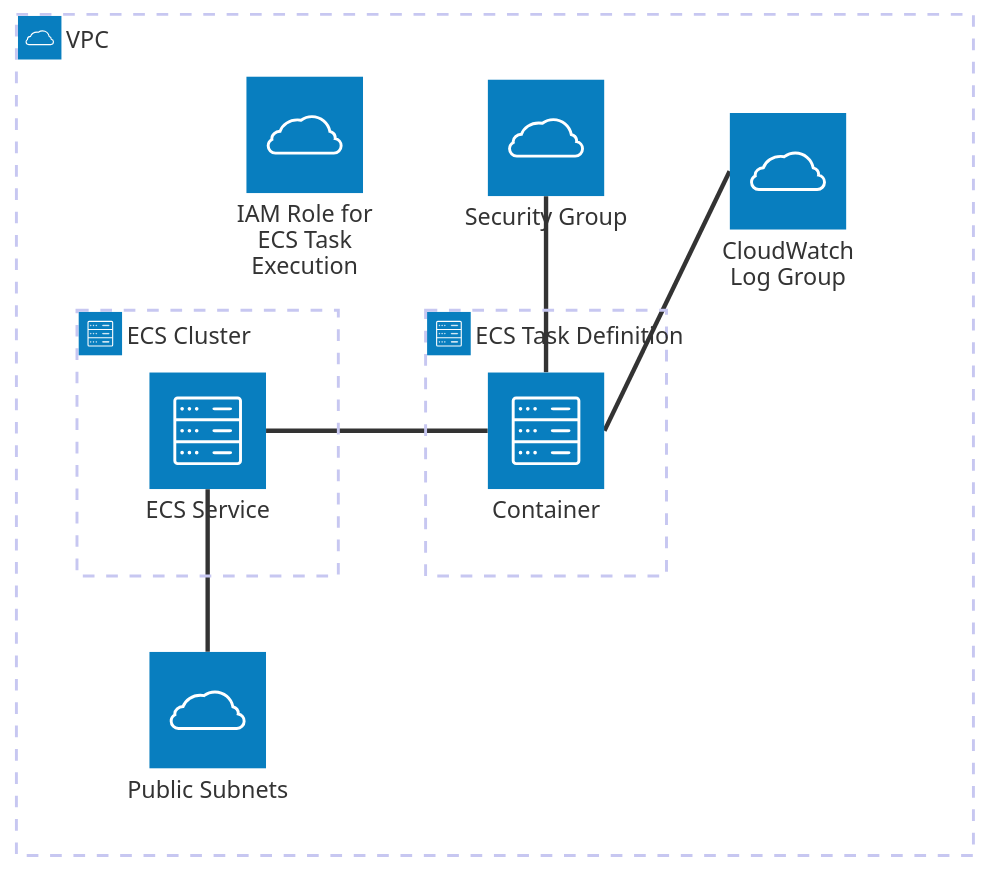
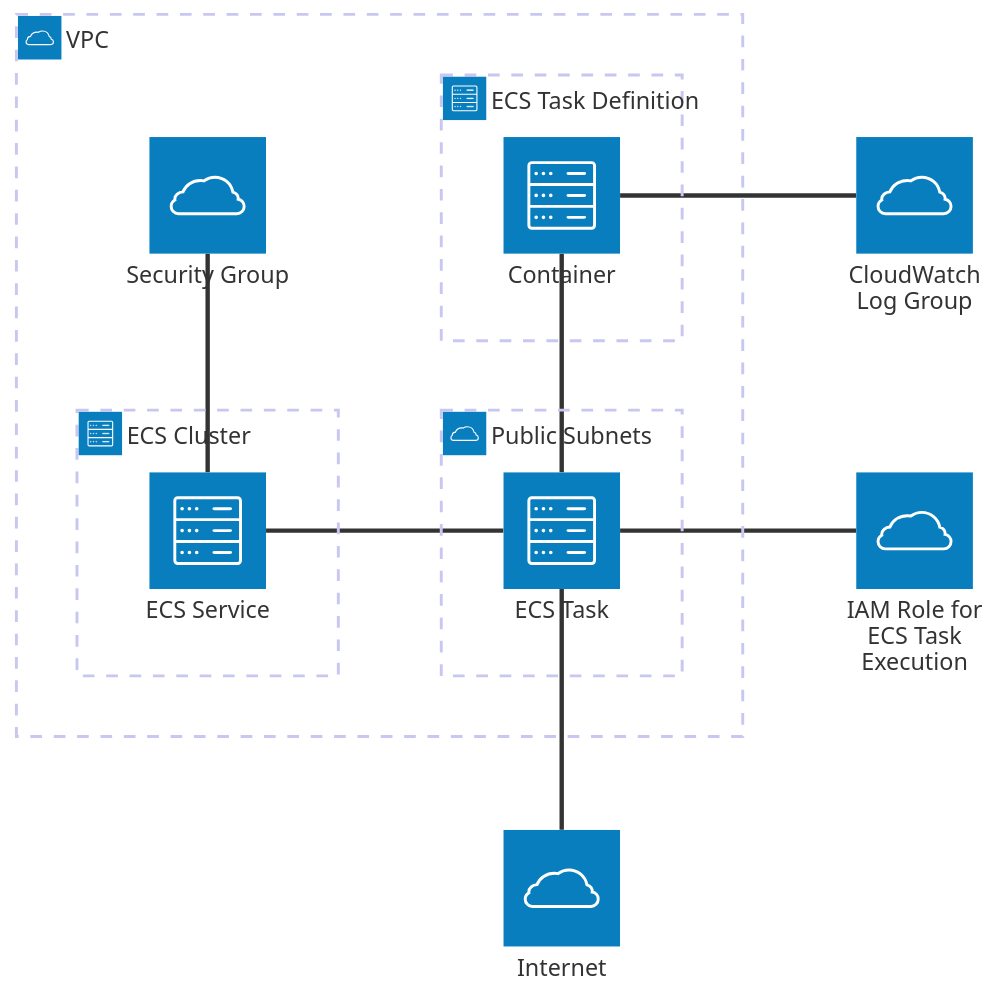
Before and after one commit to thisago/nims-tofu-cloud: the diagram in readme.org, drawn with Mermaid. The commit also changed 1 other file, not shown here.

Commit message:
docs(readme): fix infra diagram

```diff
--- a/readme.org
+++ b/readme.org
@@ -9,19 +9,25 @@
 #+begin_src mermaid
 architecture-beta
-    group vpc(cloud)[VPC]
+  group vpc(cloud)[VPC]
+    group cluster(server)[ECS Cluster] in vpc
+      service ecs_service(server)[ECS Service] in cluster
 
-    group cluster(server)[ECS Cluster] in vpc
-        service ecs_service(server)[ECS Service] in cluster
     group task_group(server)[ECS Task Definition] in vpc
-        service container(server)[Container] in task_group
+      service container(server)[Container] in task_group
 
-    service logs(cloud)[CloudWatch Log Group] in vpc
+    group subnets(cloud)[Public Subnets] in vpc
+      service ecs_task(server)[ECS Task] in subnets
+
     service sg(cloud)[Security Group] in vpc
-    service role(cloud)[IAM Role for ECS Task Execution] in vpc
-    service subnets(cloud)[Public Subnets] in vpc
 
-    container:R -- L:logs
-    container:T -- B:sg
-    ecs_service:B -- T:subnets
-    ecs_service:R -- L:container
+  service role(cloud)[IAM Role for ECS Task Execution]
+  service logs(cloud)[CloudWatch Log Group]
+  service internet(cloud)[Internet]
+
+  container:R -- L:logs
+  ecs_service:T -- B:sg
+  ecs_service:R -- L:ecs_task
+  ecs_task:T -- B:container
+  role:L -- R:ecs_task
+  internet:T -- B:ecs_task
 #+end_src
```
